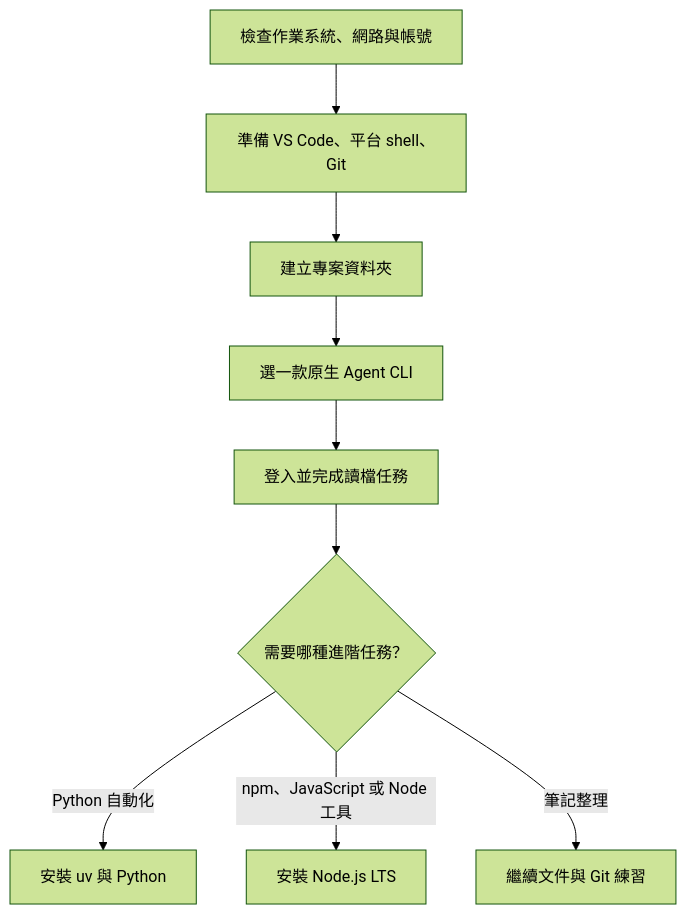
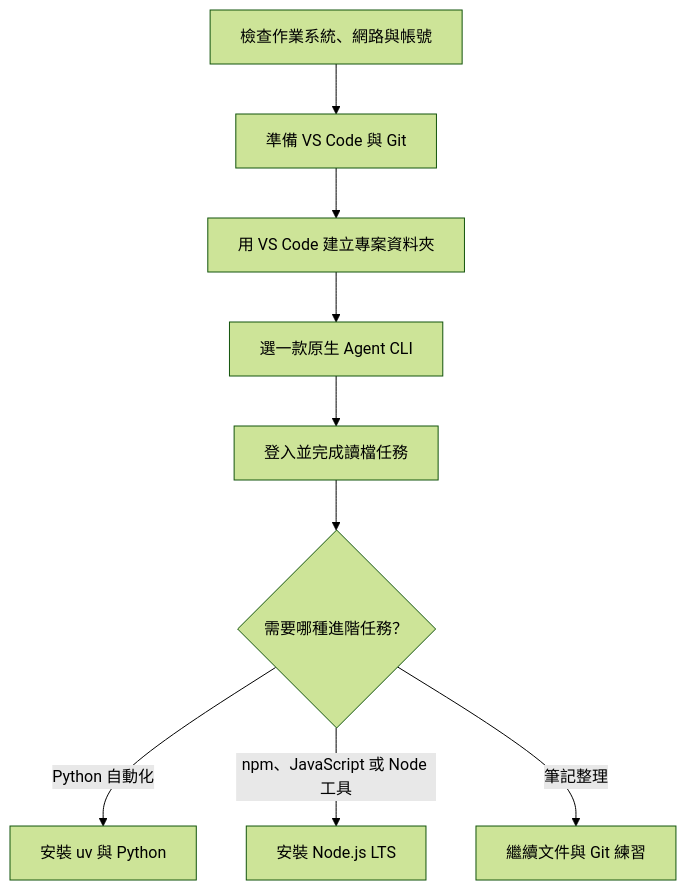
The second of 7 diagrams in AI_Agent_CLi/00_intro.md (joelhoty/ocgit), drawn with Mermaid (forest theme) before and after one commit. The commit also changed other lines of this file and 10 other files, not shown here.

````diff
--- a/AI_Agent_CLi/00_intro.md
+++ b/AI_Agent_CLi/00_intro.md
@@ -189,11 +194,11 @@
 ```mermaid
 flowchart TD
-    A["檢查作業系統、網路與帳號"] --> B["準備 VS Code、平台 shell、Git"]
-    B --> C["建立專案資料夾"]
+    A["檢查作業系統、網路與帳號"] --> B["準備 VS Code 與 Git"]
+    B --> C["用 VS Code 建立專案資料夾"]
     C --> D["選一款原生 Agent CLI"]
     D --> E["登入並完成讀檔任務"]
     E --> F{"需要哪種進階任務？"}
     F -->|Python 自動化| G["安裝 uv 與 Python"]
     F -->|npm、JavaScript 或 Node 工具| H["安裝 Node.js LTS"]
     F -->|筆記整理| I["繼續文件與 Git 練習"]
 ```
````
